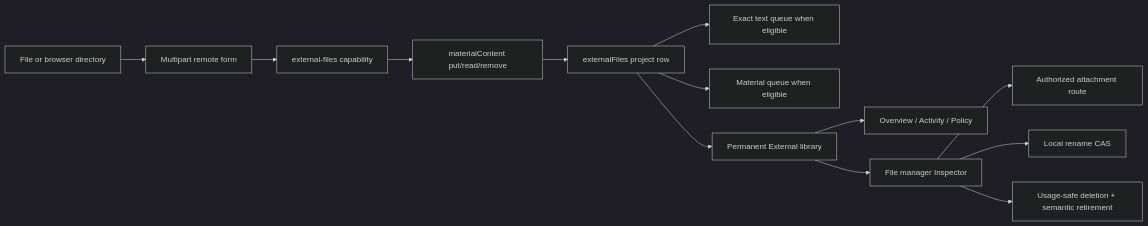
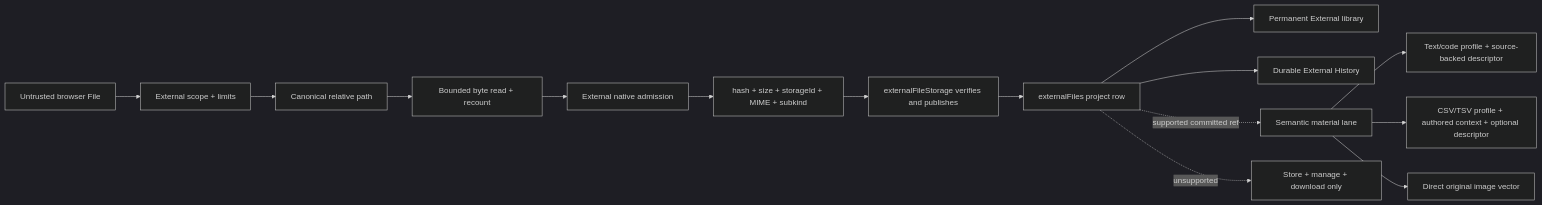
Before and after one commit to gccurtis/icarus: the first of 3 diagrams in app/src/lib/development-views/external-files-reference/external-files-reference.md, drawn with Mermaid (dark theme). The commit also changed other lines of this file and 82 other files, not shown here.

Commit message:
refactor(external): own native file lifecycle

````diff
--- a/app/src/lib/development-views/external-files-reference/external-files-reference.md
+++ b/app/src/lib/development-views/external-files-reference/external-files-reference.md
@@ -23,15 +26,17 @@
 ```mermaid
 flowchart LR
-  Browser[File or browser directory] --> Form[Multipart remote form]
-  Form --> Capability[external-files capability]
-  Capability --> Native[materialContent put/read/remove]
-  Native --> Row[externalFiles project row]
-  Row --> Exact[Exact text queue when eligible]
-  Row --> Material[Material queue when eligible]
-  Row --> External[Permanent External library]
-  External --> Context[Overview / Activity / Policy]
-  External --> Inspector[File manager Inspector]
-  Inspector --> Download[Authorized attachment route]
-  Inspector --> Rename[Local rename CAS]
-  Inspector --> Delete[Usage-safe deletion + semantic retirement]
+  Browser[Untrusted browser File] --> Scope[External scope + limits]
+  Scope --> Path[Canonical relative path]
+  Path --> Read[Bounded byte read + recount]
+  Read --> Admit[External native admission]
+  Admit --> Descriptor[hash + size + storageId + MIME + subkind]
+  Descriptor --> Storage[externalFileStorage verifies and publishes]
+  Storage --> Row[externalFiles project row]
+  Row --> Library[Permanent External library]
+  Row --> History[Durable External History]
+  Row -. supported committed ref .-> Material[Semantic material lane]
+  Material --> Code[Text/code profile + source-backed descriptor]
+  Material --> Data[CSV/TSV profile + authored context + optional descriptor]
+  Material --> Image[Direct original image vector]
+  Row -. unsupported .-> Managed[Store + manage + download only]
 ```
````
